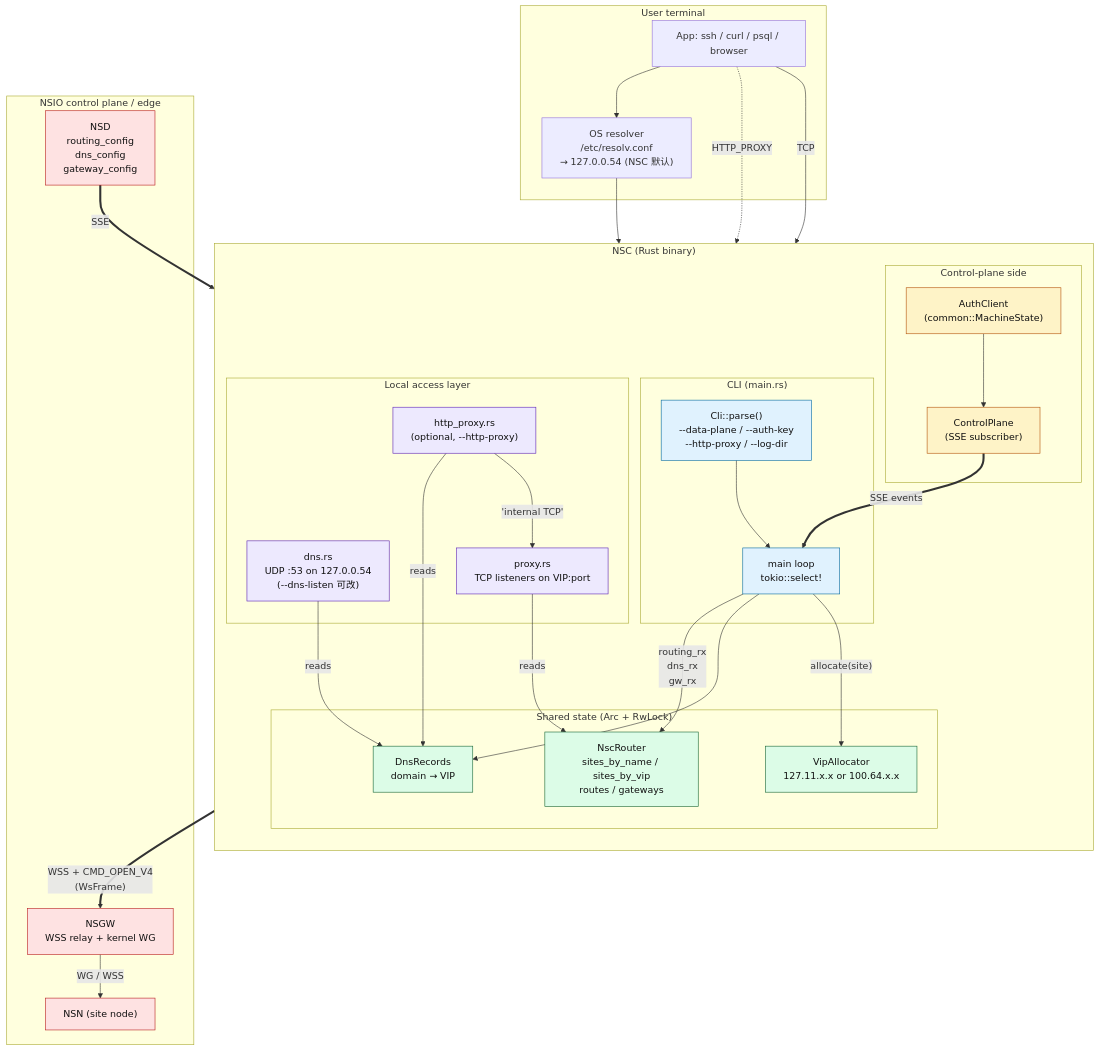
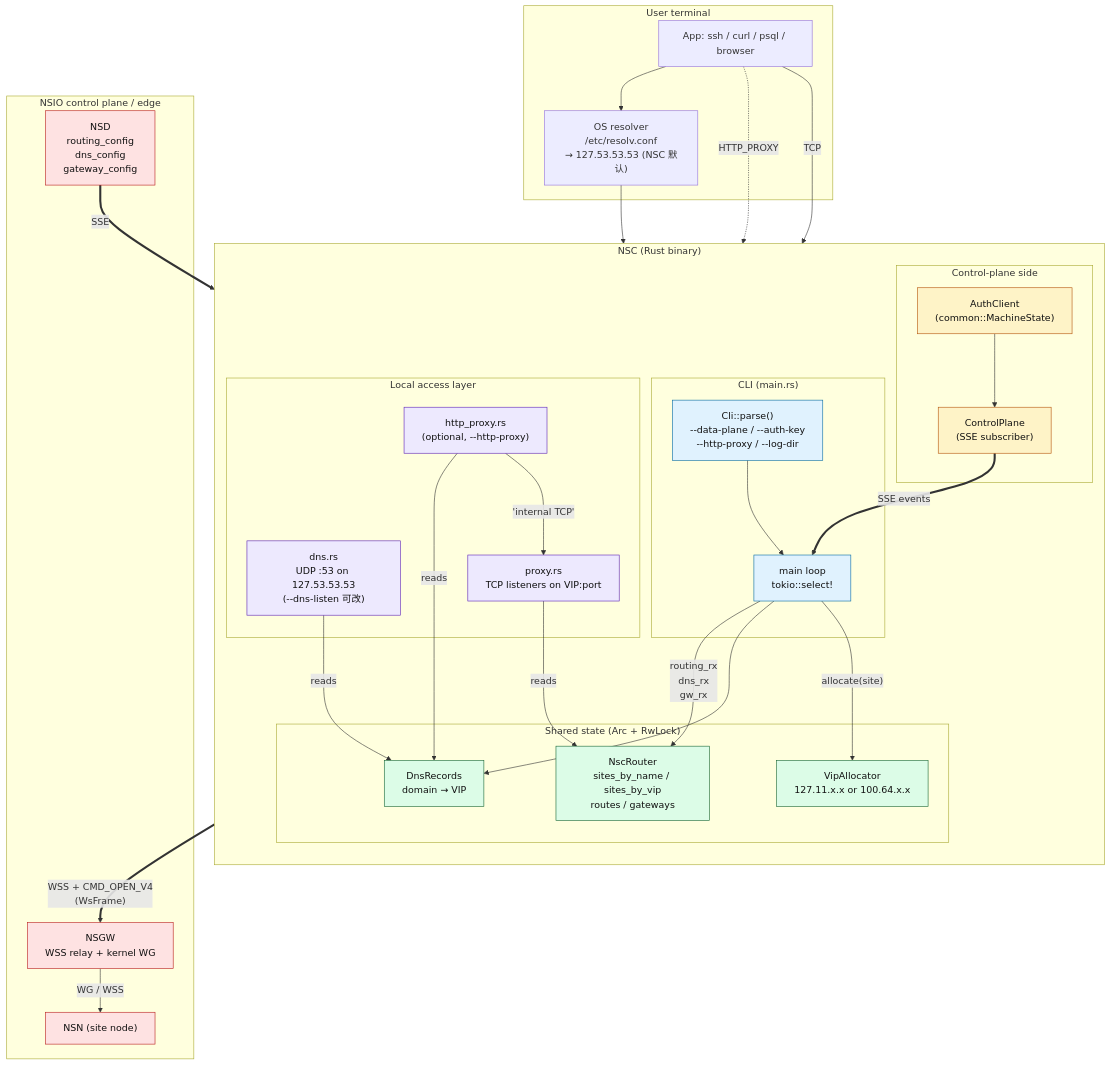
Before and after one commit to nsiod/docs: the diagram in docs/06-nsc-client/diagrams/nsc-arch.mmd, drawn with Mermaid. The commit also changed 8 other files, not shown here.

First line of the commit message:
docs(nsc): use mnemonic 127.53.53.53:53 as DNS default

```diff
--- a/docs/06-nsc-client/diagrams/nsc-arch.mmd
+++ b/docs/06-nsc-client/diagrams/nsc-arch.mmd
@@ -1,69 +1,69 @@
 flowchart TB
   subgraph User["User terminal"]
     APP["App: ssh / curl / psql / browser"]
-    OSRES["OS resolver<br/>/etc/resolv.conf<br/>→ 127.0.0.54 (NSC 默认)"]
+    OSRES["OS resolver<br/>/etc/resolv.conf<br/>→ 127.53.53.53 (NSC 默认)"]
   end
 
   subgraph NSC["NSC (Rust binary)"]
     direction TB
     subgraph CLI["CLI (main.rs)"]
       ARGS["Cli::parse()<br/>--data-plane / --auth-key<br/>--http-proxy / --log-dir"]
       MLOOP["main loop<br/>tokio::select!"]
     end
 
     subgraph CTRL["Control-plane side"]
       AUTH["AuthClient<br/>(common::MachineState)"]
       CP["ControlPlane<br/>(SSE subscriber)"]
     end
 
     subgraph STATE["Shared state (Arc + RwLock)"]
       ROUTER["NscRouter<br/>sites_by_name / sites_by_vip<br/>routes / gateways"]
       DNSMAP["DnsRecords<br/>domain → VIP"]
       VIPALLOC["VipAllocator<br/>127.11.x.x or 100.64.x.x"]
     end
 
     subgraph LOCAL["Local access layer"]
-      DNSS["dns.rs<br/>UDP :53 on 127.0.0.54<br/>(--dns-listen 可改)"]
+      DNSS["dns.rs<br/>UDP :53 on 127.53.53.53<br/>(--dns-listen 可改)"]
       VIPPROX["proxy.rs<br/>TCP listeners on VIP:port"]
       HTTPP["http_proxy.rs<br/>(optional, --http-proxy)"]
     end
   end
 
   subgraph Cloud["NSIO control plane / edge"]
     NSD["NSD<br/>routing_config<br/>dns_config<br/>gateway_config"]
     NSGW["NSGW<br/>WSS relay + kernel WG"]
     NSN["NSN (site node)"]
   end
 
   ARGS --> MLOOP
   APP --> OSRES --> DNSS
   APP -. HTTP_PROXY .-> HTTPP
   APP -- TCP --> VIPPROX
 
   AUTH --> CP
   CP == SSE events ==> MLOOP
   NSD == SSE ==> CP
 
   MLOOP -- "routing_rx<br/>dns_rx<br/>gw_rx" --> ROUTER
   MLOOP --> DNSMAP
   MLOOP -- allocate(site) --> VIPALLOC
 
   DNSS -- reads --> DNSMAP
   VIPPROX -- reads --> ROUTER
   HTTPP -- reads --> DNSMAP
 
   VIPPROX == "WSS + CMD_OPEN_V4<br/>(WsFrame)" ==> NSGW
   HTTPP -- 'internal TCP' --> VIPPROX
   NSGW -- "WG / WSS" --> NSN
 
   classDef cli fill:#e0f2fe,stroke:#0369a1,color:#111
   classDef ctrl fill:#fef3c7,stroke:#b45309,color:#111
   classDef state fill:#dcfce7,stroke:#166534,color:#111
   classDef local fill:#ede9fe,stroke:#5b21b6,color:#111
   classDef cloud fill:#fee2e2,stroke:#b91c1c,color:#111
 
   class ARGS,MLOOP cli
   class AUTH,CP ctrl
   class ROUTER,DNSMAP,VIPALLOC state
   class DNSS,VIPPROX,HTTPP local
   class NSD,NSGW,NSN cloud
```
